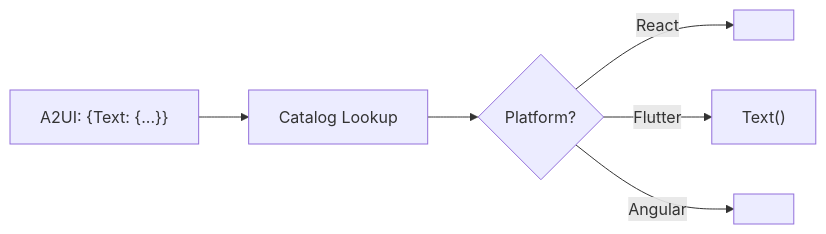
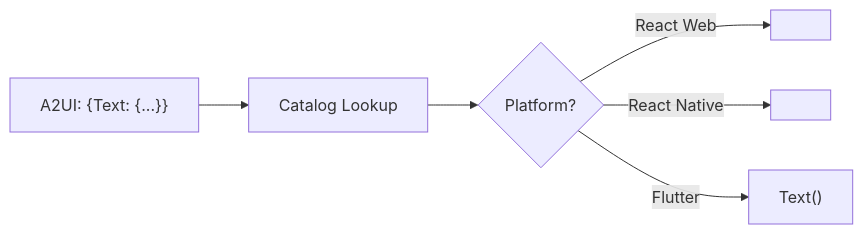
The sixth of 7 diagrams in docs/AI/A2UI/01_core_concepts.md (imagarg01/LearningStuff), drawn with Mermaid before and after one commit. The commit also changed other lines of this file and 215 other files, not shown here.

````diff
--- a/docs/AI/A2UI/01_core_concepts.md
+++ b/docs/AI/A2UI/01_core_concepts.md
@@ -235,8 +267,8 @@
 ```mermaid
 graph LR
     A["A2UI: {Text: {...}}"] --> B[Catalog Lookup]
     B --> C{Platform?}
-    C -->|React| D["<Typography>"]
-    C -->|Flutter| E["Text()"]
-    C -->|Angular| F["<mat-label>"]
+    C -->|React Web| D["<Typography>"]
+    C -->|React Native| E["<Text>"]
+    C -->|Flutter| F["Text()"]
 ```
````
